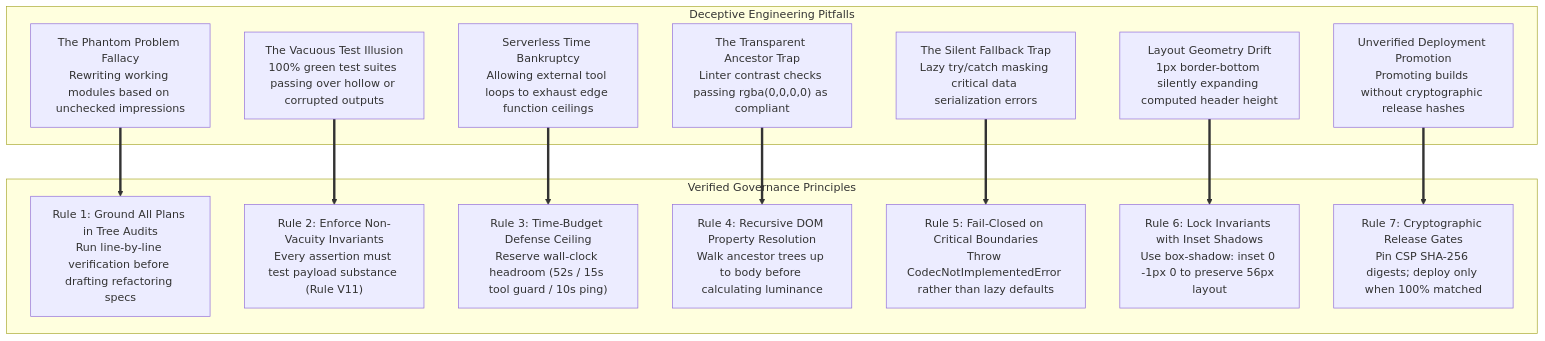
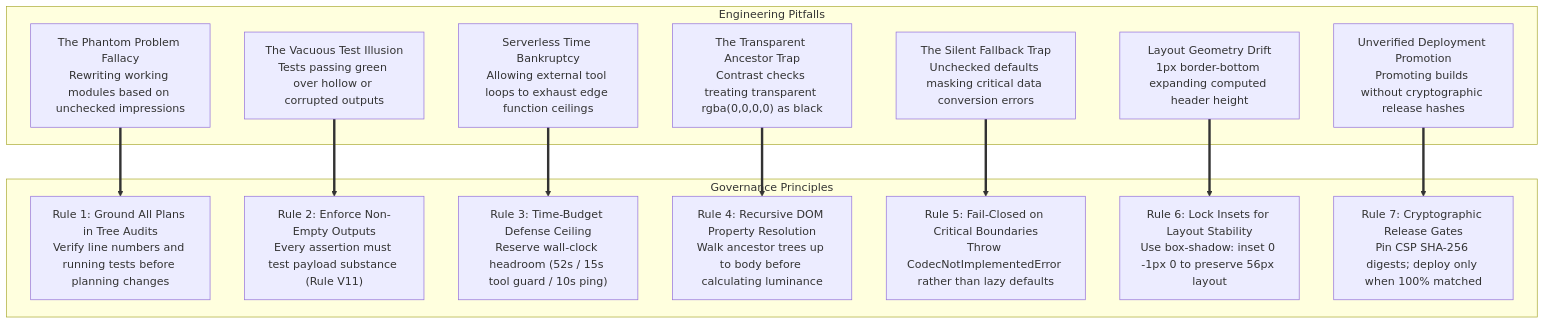
One commit to mjzd7/leetcode-top-interview-150-javascript changed the third of 3 diagrams in docs/PROJECT_ARCHITECTURE_AND_DECISIONS.md. Above: the diagram before and after it, drawn with Mermaid. The commit also changed other lines of this file and 14 other files, not shown here.

Commit message:
feat(arch): humanize architecture suite and achieve full nav & chat parity

````diff
--- a/docs/PROJECT_ARCHITECTURE_AND_DECISIONS.md
+++ b/docs/PROJECT_ARCHITECTURE_AND_DECISIONS.md
@@ -493,30 +433,30 @@
 ```mermaid
 flowchart TD
-  subgraph Pitfalls ["Deceptive Engineering Pitfalls"]
+  subgraph Pitfalls ["Engineering Pitfalls"]
     P1["The Phantom Problem Fallacy<br/>Rewriting working modules based on unchecked impressions"]
-    P2["The Vacuous Test Illusion<br/>100% green test suites passing over hollow or corrupted outputs"]
-    P3["The Transparent Ancestor Trap<br/>Linter contrast checks passing rgba(0,0,0,0) as compliant"]
+    P2["The Vacuous Test Illusion<br/>Tests passing green over hollow or corrupted outputs"]
+    P3["The Transparent Ancestor Trap<br/>Contrast checks treating transparent rgba(0,0,0,0) as black"]
     P4["Serverless Time Bankruptcy<br/>Allowing external tool loops to exhaust edge function ceilings"]
-    P5["The Silent Fallback Trap<br/>Lazy try/catch masking critical data serialization errors"]
-    P6["Layout Geometry Drift<br/>1px border-bottom silently expanding computed header height"]
+    P5["The Silent Fallback Trap<br/>Unchecked defaults masking critical data conversion errors"]
+    P6["Layout Geometry Drift<br/>1px border-bottom expanding computed header height"]
     P7["Unverified Deployment Promotion<br/>Promoting builds without cryptographic release hashes"]
   end
 
-  subgraph Principles ["Verified Governance Principles"]
-    G1["Rule 1: Ground All Plans in Tree Audits<br/>Run line-by-line verification before drafting refactoring specs"]
-    G2["Rule 2: Enforce Non-Vacuity Invariants<br/>Every assertion must test payload substance (Rule V11)"]
+  subgraph Principles ["Governance Principles"]
+    G1["Rule 1: Ground All Plans in Tree Audits<br/>Verify line numbers and running tests before planning changes"]
+    G2["Rule 2: Enforce Non-Empty Outputs<br/>Every assertion must test payload substance (Rule V11)"]
     G3["Rule 3: Time-Budget Defense Ceiling<br/>Reserve wall-clock headroom (52s / 15s tool guard / 10s ping)"]
     G4["Rule 4: Recursive DOM Property Resolution<br/>Walk ancestor trees up to body before calculating luminance"]
     G5["Rule 5: Fail-Closed on Critical Boundaries<br/>Throw CodecNotImplementedError rather than lazy defaults"]
-    G6["Rule 6: Lock Invariants with Inset Shadows<br/>Use box-shadow: inset 0 -1px 0 to preserve 56px layout"]
+    G6["Rule 6: Lock Insets for Layout Stability<br/>Use box-shadow: inset 0 -1px 0 to preserve 56px layout"]
     G7["Rule 7: Cryptographic Release Gates<br/>Pin CSP SHA-256 digests; deploy only when 100% matched"]
   end
 
   P1 ==> G1
   P2 ==> G2
   P4 ==> G3
   P3 ==> G4
   P5 ==> G5
   P6 ==> G6
   P7 ==> G7
 ```
````
